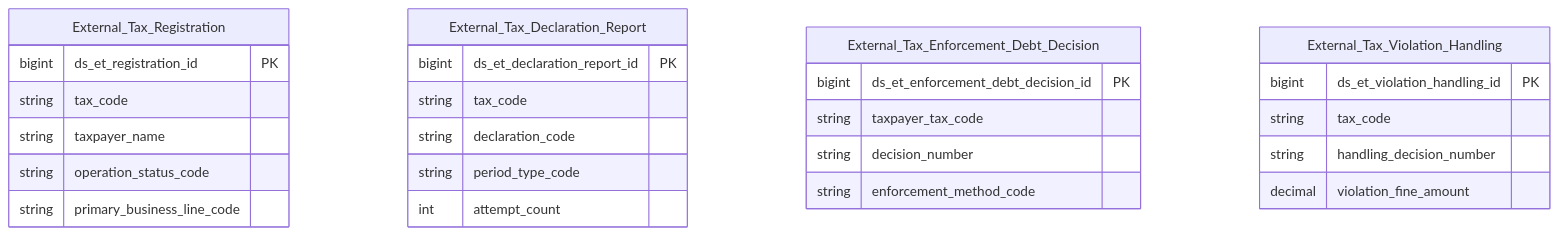
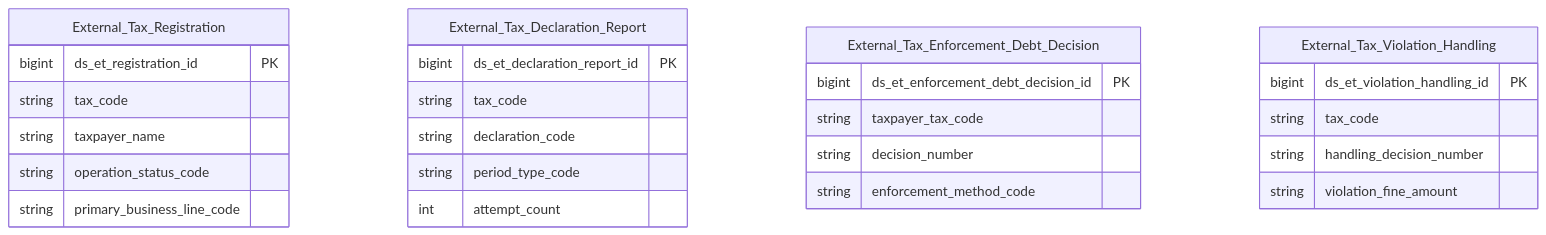
The second of 2 diagrams in DataModel/working/Atomic/hld/KNT_HLD_Tier1.md (linhlvit/ubck_atomic_design), drawn with Mermaid before and after one commit. The commit also changed 20 other files, not shown here.

````diff
--- a/DataModel/working/Atomic/hld/KNT_HLD_Tier1.md
+++ b/DataModel/working/Atomic/hld/KNT_HLD_Tier1.md
@@ -69,32 +69,32 @@
 ```mermaid
 erDiagram
     External_Tax_Registration {
         bigint ds_et_registration_id PK
         string tax_code
         string taxpayer_name
         string operation_status_code
         string primary_business_line_code
     }
 
     External_Tax_Declaration_Report {
         bigint ds_et_declaration_report_id PK
         string tax_code
         string declaration_code
         string period_type_code
         int attempt_count
     }
 
     External_Tax_Enforcement_Debt_Decision {
         bigint ds_et_enforcement_debt_decision_id PK
         string taxpayer_tax_code
         string decision_number
         string enforcement_method_code
     }
 
     External_Tax_Violation_Handling {
         bigint ds_et_violation_handling_id PK
         string tax_code
         string handling_decision_number
-        decimal violation_fine_amount
+        string violation_fine_amount
     }
 ```
````
